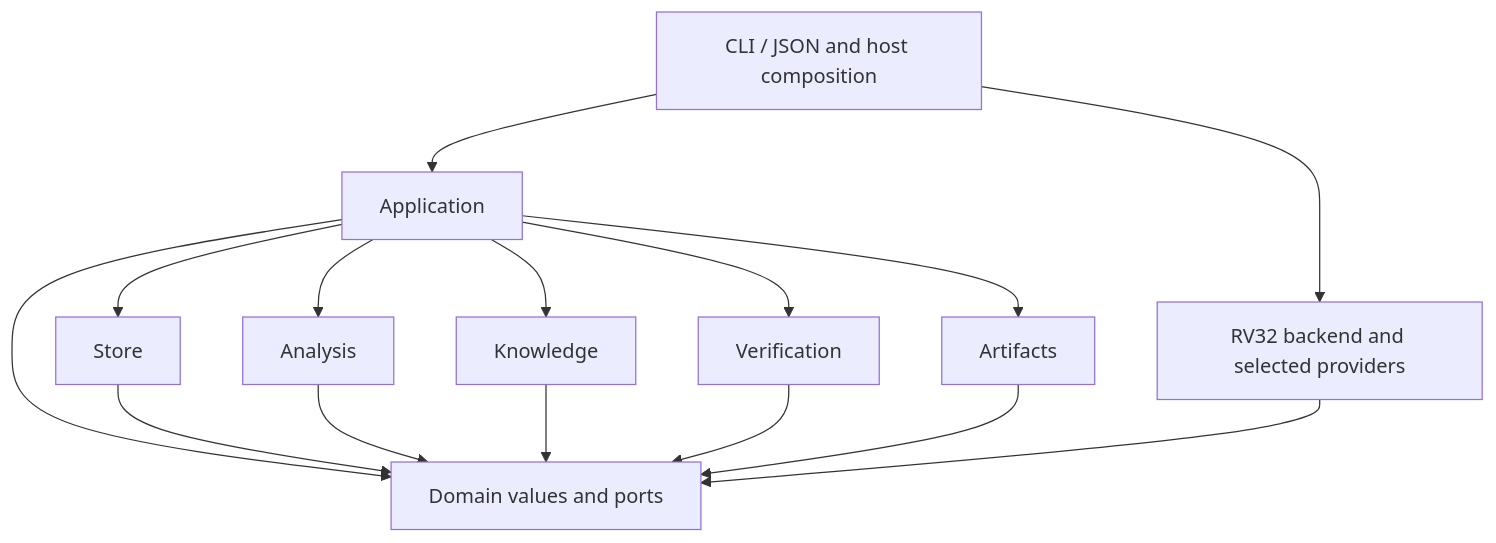
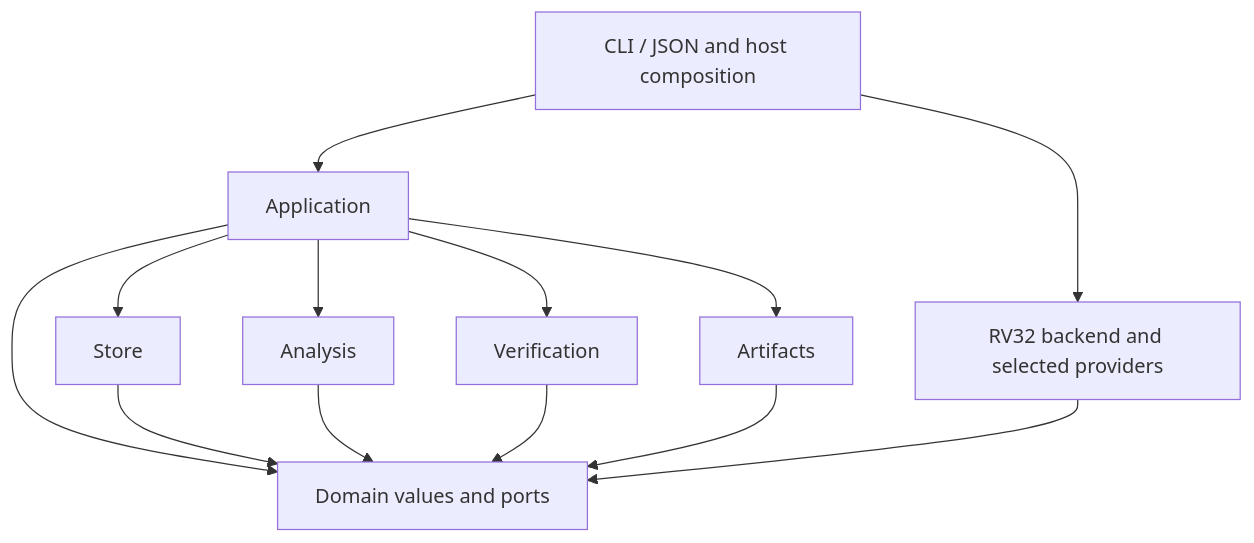
The diagram in tools/blobray/docs/design/architecture.md (ermacv/open-esp-radio-rs), drawn with Mermaid before and after one commit. The commit also changed other lines of this file and 147 other files, not shown here.

````diff
--- a/tools/blobray/docs/design/architecture.md
+++ b/tools/blobray/docs/design/architecture.md
@@ -134,17 +131,15 @@
 ```mermaid
 flowchart TD
     Host[CLI / JSON and host composition] --> App[Application]
     Host --> RV[RV32 backend and selected providers]
     App --> Store[Store]
     App --> Analysis[Analysis]
-    App --> Knowledge[Knowledge]
     App --> Verify[Verification]
     App --> Artifacts[Artifacts]
     App --> Domain[Domain values and ports]
     Store --> Domain
     Analysis --> Domain
-    Knowledge --> Domain
     Verify --> Domain
     Artifacts --> Domain
     RV --> Domain
 ```
````
